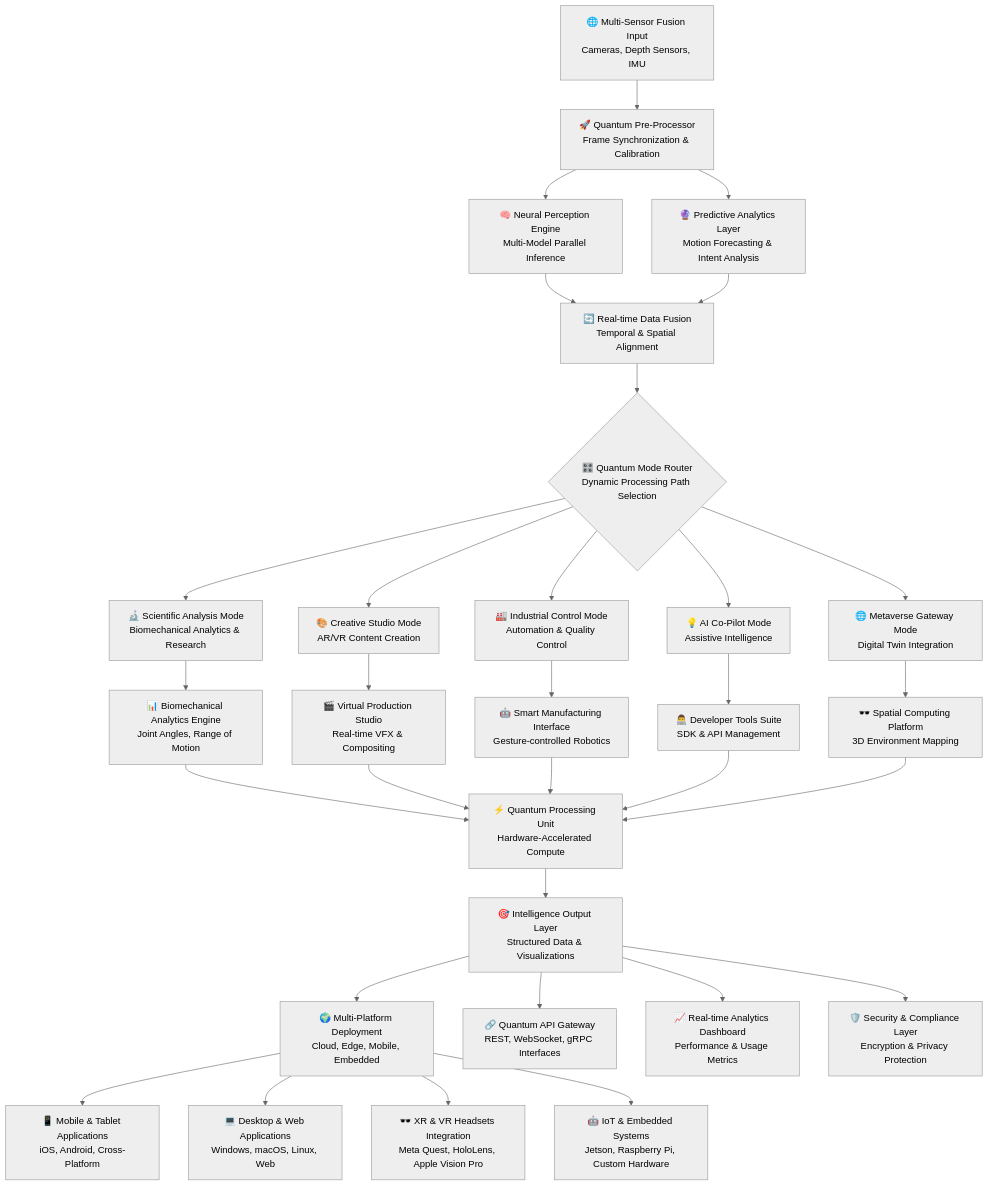
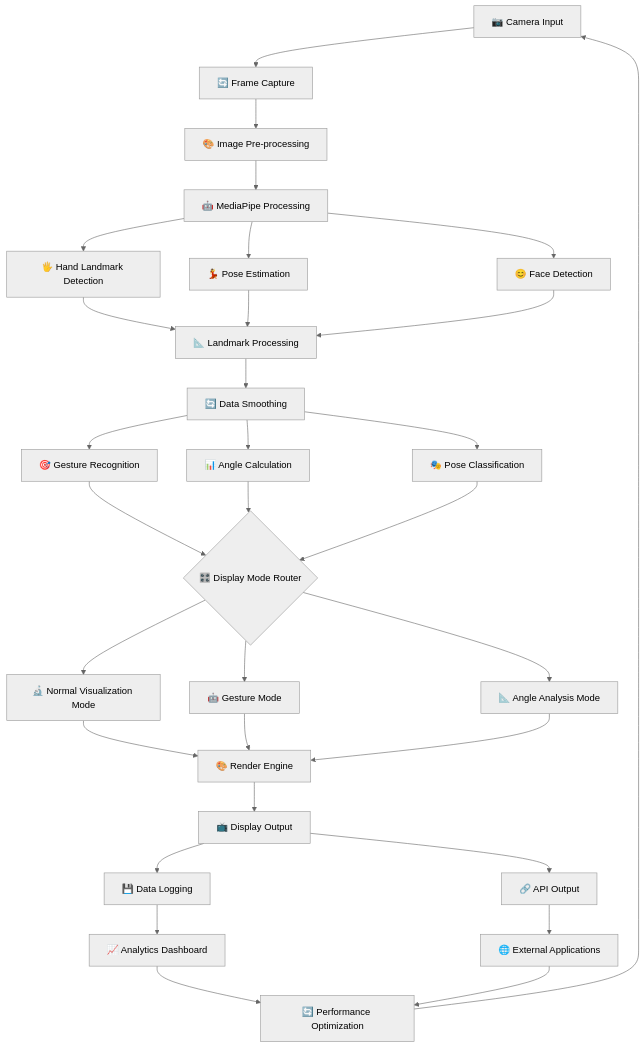
One commit to Dibyendu17122003/ADVANCE-POSTURE-AND-FINGER-DETECTION changed the second of 4 diagrams in README.md. Above: the diagram before and after it, drawn with Mermaid (neutral theme). The commit also changed other lines of this file, not shown here.

````diff
--- a/README.md
+++ b/README.md
@@ -60,42 +76,42 @@
 ```mermaid
 flowchart TD
-    A[🌐 Multi-Sensor Fusion Input<br/>Cameras, Depth Sensors, IMU] --> B[🚀 Quantum Pre-Processor<br/>Frame Synchronization & Calibration]
+    A[📷 Camera Input] --> B[🔄 Frame Capture]
+    B --> C[🎨 Image Pre-processing]
+    C --> D[🤖 MediaPipe Processing]
     
-    B --> C[🧠 Neural Perception Engine<br/>Multi-Model Parallel Inference]
-    B --> D[🔮 Predictive Analytics Layer<br/>Motion Forecasting & Intent Analysis]
+    D --> E[🖐️ Hand Landmark Detection]
+    D --> F[💃 Pose Estimation]
+    D --> G[😊 Face Detection]
     
-    C --> E[🔄 Real-time Data Fusion<br/>Temporal & Spatial Alignment]
-    D --> E
+    E --> H[📐 Landmark Processing]
+    F --> H
+    G --> H
     
-    E --> F{🎛️ Quantum Mode Router<br/>Dynamic Processing Path Selection}
+    H --> I[🔄 Data Smoothing]
+    I --> J[🎯 Gesture Recognition]
+    I --> K[📊 Angle Calculation]
+    I --> L[🎭 Pose Classification]
     
-    F --> G[🔬 Scientific Analysis Mode<br/>Biomechanical Analytics & Research]
-    F --> H[🎨 Creative Studio Mode<br/>AR/VR Content Creation]
-    F --> I[🏭 Industrial Control Mode<br/>Automation & Quality Control]
-    F --> J[💡 AI Co-Pilot Mode<br/>Assistive Intelligence]
-    F --> K[🌐 Metaverse Gateway Mode<br/>Digital Twin Integration]
+    J --> M{🎛️ Display Mode Router}
+    K --> M
+    L --> M
     
-    G --> L[📊 Biomechanical Analytics Engine<br/>Joint Angles, Range of Motion]
-    H --> M[🎬 Virtual Production Studio<br/>Real-time VFX & Compositing]
-    I --> N[🤖 Smart Manufacturing Interface<br/>Gesture-controlled Robotics]
-    J --> O[👨‍💻 Developer Tools Suite<br/>SDK & API Management]
-    K --> P[🕶️ Spatial Computing Platform<br/>3D Environment Mapping]
+    M --> N[🔬 Normal Visualization Mode]
+    M --> O[🤖 Gesture Mode]
+    M --> P[📐 Angle Analysis Mode]
     
-    L --> Q[⚡ Quantum Processing Unit<br/>Hardware-Accelerated Compute]
-    M --> Q
-    N --> Q
+    N --> Q[🎨 Render Engine]
     O --> Q
     P --> Q
     
-    Q --> R[🎯 Intelligence Output Layer<br/>Structured Data & Visualizations]
+    Q --> R[📺 Display Output]
+    R --> S[💾 Data Logging]
+    R --> T[🔗 API Output]
     
-    R --> S[🌍 Multi-Platform Deployment<br/>Cloud, Edge, Mobile, Embedded]
-    R --> T[🔗 Quantum API Gateway<br/>REST, WebSocket, gRPC Interfaces]
-    R --> U[📈 Real-time Analytics Dashboard<br/>Performance & Usage Metrics]
-    R --> V[🛡️ Security & Compliance Layer<br/>Encryption & Privacy Protection]
+    S --> U[📈 Analytics Dashboard]
+    T --> V[🌐 External Applications]
     
-    S --> W[📱 Mobile & Tablet Applications<br/>iOS, Android, Cross-Platform]
-    S --> X[💻 Desktop & Web Applications<br/>Windows, macOS, Linux, Web]
-    S --> Y[🕶️ XR & VR Headsets Integration<br/>Meta Quest, HoloLens, Apple Vision Pro]
-    S --> Z[🤖 IoT & Embedded Systems<br/>Jetson, Raspberry Pi, Custom Hardware]
+    U --> W[🔄 Performance Optimization]
+    V --> W
+    W --> A
 ```
````
